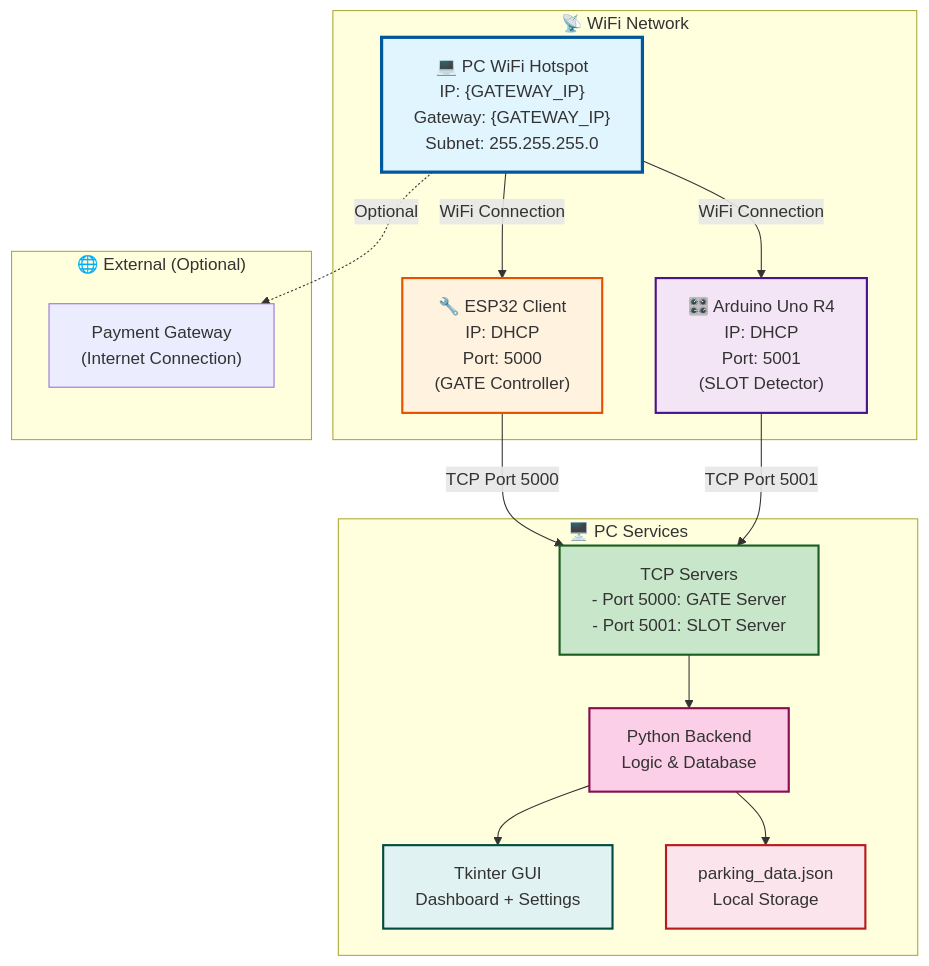
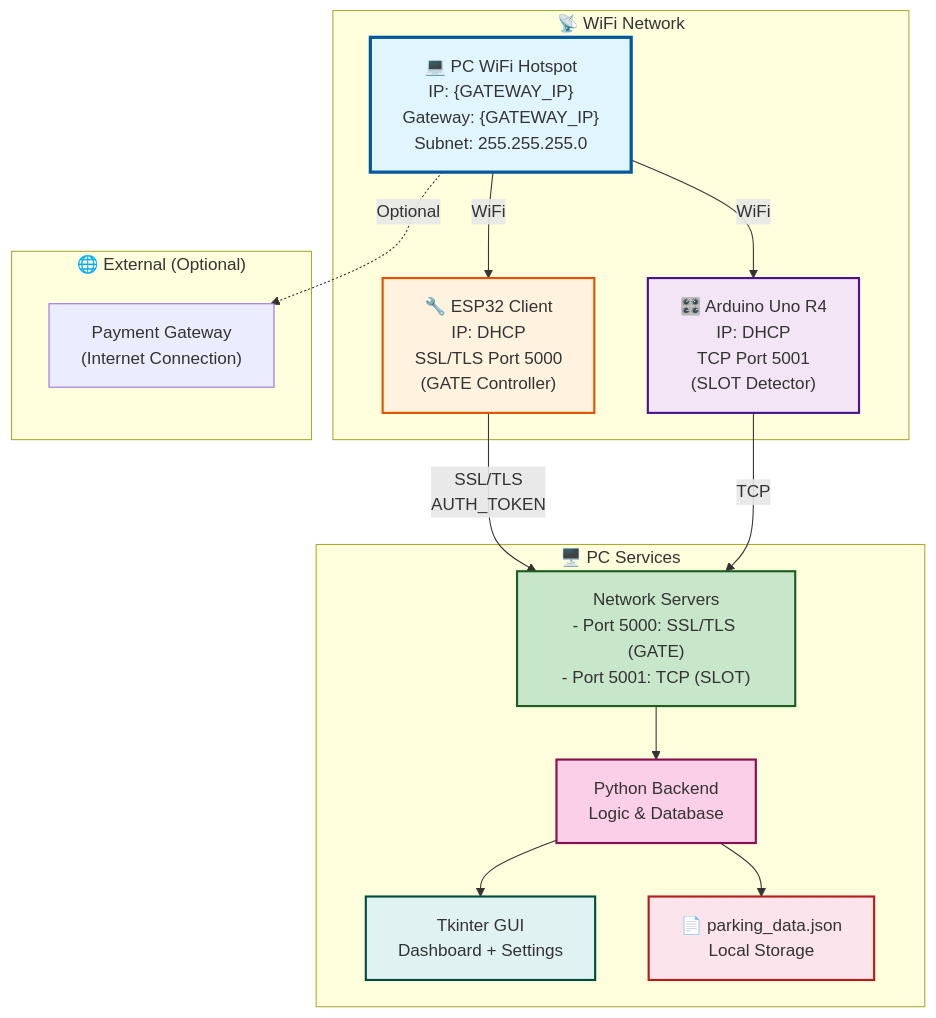
Before and after one commit to CuongHayHo/He-Thong-Bai-Xe: the ninth of 9 diagrams in flow.md, drawn with Mermaid. The commit also changed other lines of this file, not shown here.

Commit message:
feat: update flow diagram and documentation for SSL/TLS integration and network architecture

````diff
--- a/flow.md
+++ b/flow.md
@@ -674,38 +674,38 @@
 ```mermaid
 graph TB
-    subgraph WiFi["📡 WiFi Network<br/>"]
+    subgraph WiFi["📡 WiFi Network"]
         PC["💻 PC WiFi Hotspot<br/>IP: {GATEWAY_IP}<br/>Gateway: {GATEWAY_IP}<br/>Subnet: 255.255.255.0"]
         
-        ESP32["🔧 ESP32 Client<br/>IP: DHCP<br/>Port: 5000<br/>(GATE Controller)"]
+        ESP32["🔧 ESP32 Client<br/>IP: DHCP<br/>SSL/TLS Port 5000<br/>(GATE Controller)"]
         
-        Arduino["🎛️ Arduino Uno R4<br/>IP: DHCP<br/>Port: 5001<br/>(SLOT Detector)"]
+        Arduino["🎛️ Arduino Uno R4<br/>IP: DHCP<br/>TCP Port 5001<br/>(SLOT Detector)"]
     end
     
     subgraph Services["🖥️ PC Services"]
-        Server["TCP Servers<br/>- Port 5000: GATE Server<br/>- Port 5001: SLOT Server"]
+        Server["Network Servers<br/>- Port 5000: SSL/TLS (GATE)<br/>- Port 5001: TCP (SLOT)"]
         Frontend["Tkinter GUI<br/>Dashboard + Settings"]
         Backend["Python Backend<br/>Logic & Database"]
-        DB[" parking_data.json<br/>Local Storage"]
+        DB["📄 parking_data.json<br/>Local Storage"]
     end
     
     subgraph External["🌐 External (Optional)"]
         PaymentGW["Payment Gateway<br/>(Internet Connection)"]
     end
     
-    PC -->|WiFi Connection| ESP32
-    PC -->|WiFi Connection| Arduino
-    ESP32 -->|TCP Port 5000| Server
-    Arduino -->|TCP Port 5001| Server
+    PC -->|WiFi| ESP32
+    PC -->|WiFi| Arduino
+    ESP32 -->|SSL/TLS<br/>AUTH_TOKEN| Server
+    Arduino -->|TCP| Server
     Server --> Backend
     Backend --> Frontend
     Backend --> DB
     PC -.->|Optional| PaymentGW
     
     style PC fill:#e1f5ff,stroke:#01579b,stroke-width:3px
     style ESP32 fill:#fff3e0,stroke:#e65100,stroke-width:2px
     style Arduino fill:#f3e5f5,stroke:#4a148c,stroke-width:2px
     style Server fill:#c8e6c9,stroke:#1b5e20,stroke-width:2px
     style Backend fill:#fbcfe8,stroke:#880e4f,stroke-width:2px
     style Frontend fill:#e0f2f1,stroke:#004d40,stroke-width:2px
     style DB fill:#fce4ec,stroke:#b71c1c,stroke-width:2px
 ```
````
